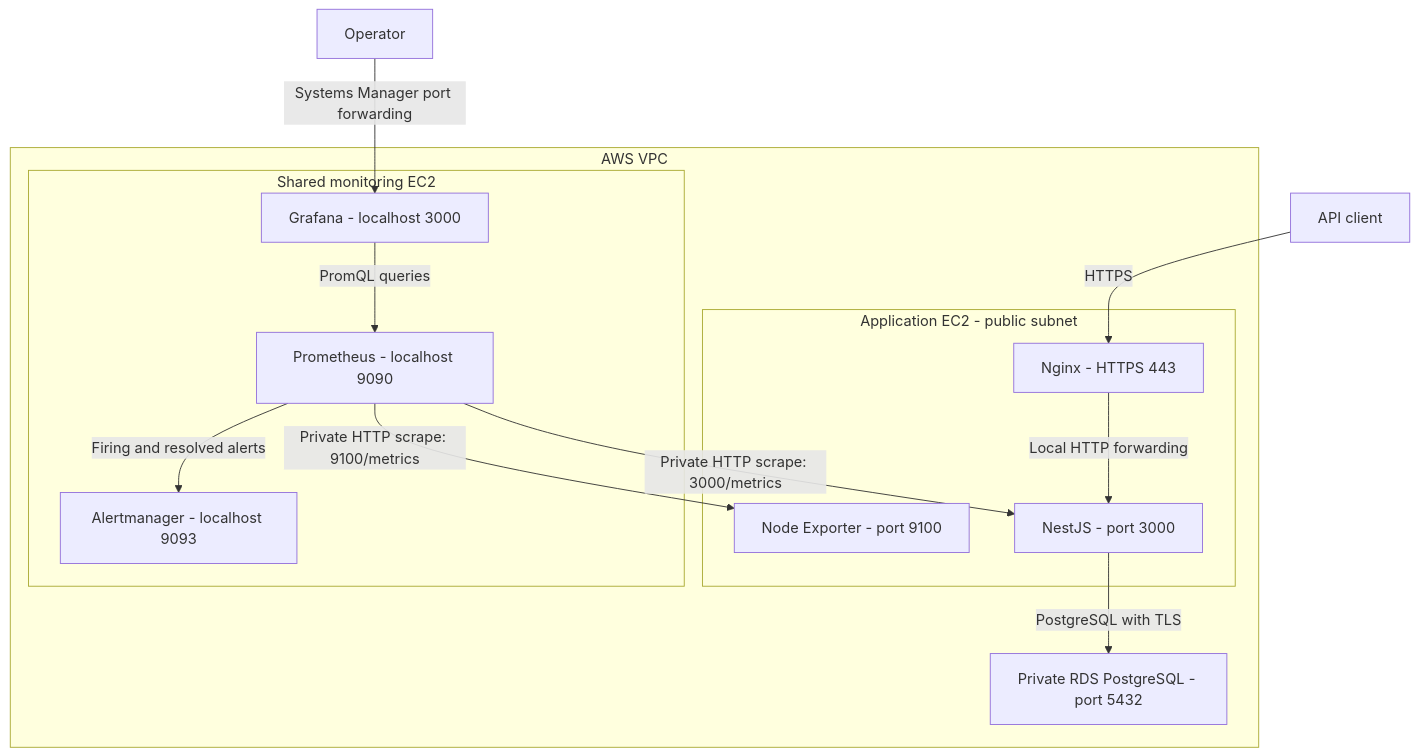
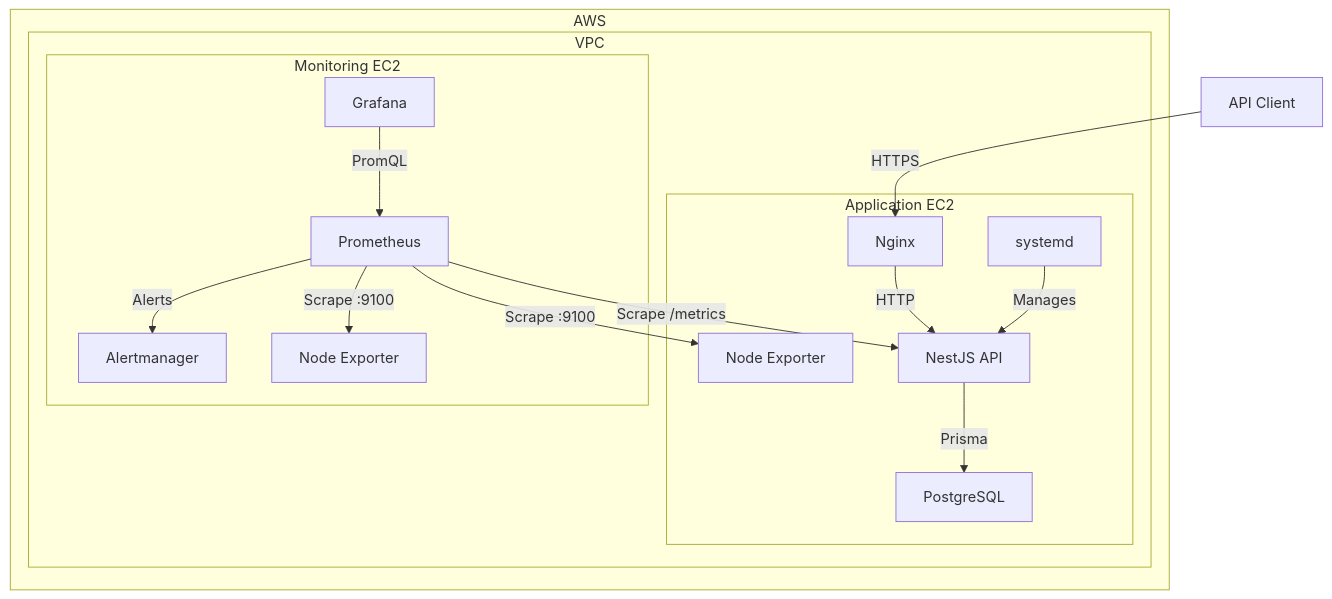
Before and after one commit to Val242/TaskFlow: the diagram in README.md, drawn with Mermaid. The commit also changed other lines of this file and 1 other file, not shown here.

````diff
--- a/README.md
+++ b/README.md
@@ -36,26 +64,39 @@
-```mermaid
+```mermaid id="6x3r8v"
 flowchart TD
-    U["API client"]
-    O["Operator"]
-    subgraph VPC["AWS VPC"]
-        subgraph APP["Application EC2 - public subnet"]
-            N["Nginx - HTTPS 443"]
-            A["NestJS - port 3000"]
-            E["Node Exporter - port 9100"]
-        end
-        D["Private RDS PostgreSQL - port 5432"]
-        subgraph MON["Shared monitoring EC2"]
-            G["Grafana - localhost 3000"]
-            P["Prometheus - localhost 9090"]
-            M["Alertmanager - localhost 9093"]
+
+    USER["API Client"]
+
+    subgraph AWS["AWS"]
+
+        subgraph VPC["VPC"]
+
+            subgraph APP["Application EC2"]
+                NGINX["Nginx"]
+                API["NestJS API"]
+                DB["PostgreSQL"]
+                SYSTEMD["systemd"]
+                NODE1["Node Exporter"]
+            end
+
+            subgraph MON["Monitoring EC2"]
+                PROM["Prometheus"]
+                GRAFANA["Grafana"]
+                ALERT["Alertmanager"]
+                NODE2["Node Exporter"]
+            end
         end
     end
-    U -->|"HTTPS"| N
-    N -->|"Local HTTP forwarding"| A
-    A -->|"PostgreSQL with TLS"| D
-    P -->|"Private HTTP scrape: 3000/metrics"| A
-    P -->|"Private HTTP scrape: 9100/metrics"| E
-    G -->|"PromQL queries"| P
-    P -->|"Firing and resolved alerts"| M
-    O -->|"Systems Manager port forwarding"| G
+
+    USER -->|"HTTPS"| NGINX
+    NGINX -->|"HTTP"| API
+    API -->|"Prisma"| DB
+
+    PROM -->|"Scrape /metrics"| API
+    PROM -->|"Scrape :9100"| NODE1
+    PROM -->|"Scrape :9100"| NODE2
+
+    GRAFANA -->|"PromQL"| PROM
+    PROM -->|"Alerts"| ALERT
+
+    SYSTEMD -->|"Manages"| API
 ```
````
